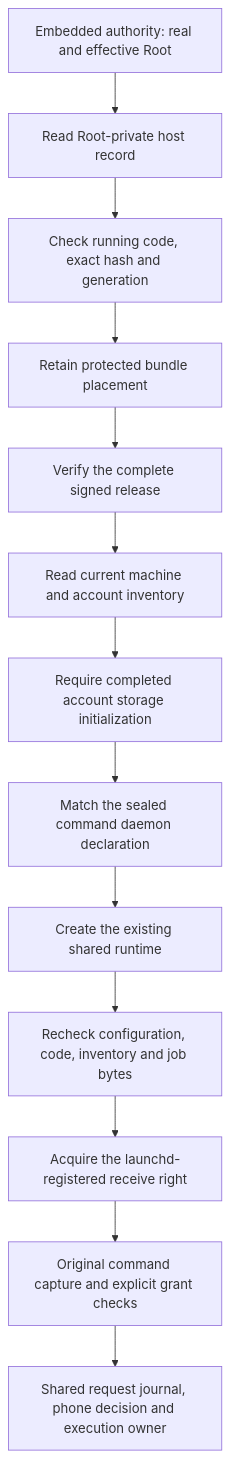
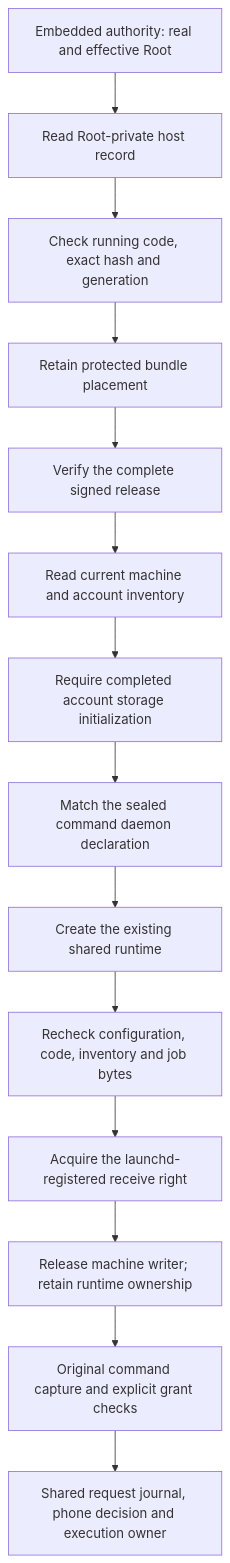
Before and after one commit to fourlastor/remozio: the diagram in docs/macos-installed-command-entrypoint.md, drawn with Mermaid. The commit also changed other lines of this file and 8 other files, not shown here.

````diff
--- a/docs/macos-installed-command-entrypoint.md
+++ b/docs/macos-installed-command-entrypoint.md
@@ -7,15 +7,16 @@
 ```mermaid
 flowchart TD
     A[Embedded authority: real and effective Root] --> C[Read Root-private host record]
     C --> S[Check running code, exact hash and generation]
     S --> P[Retain protected bundle placement]
     P --> R[Verify the complete signed release]
     R --> I[Read current machine and account inventory]
     I --> B[Require completed account storage initialization]
     B --> J[Match the sealed command daemon declaration]
     J --> F[Create the existing shared runtime]
     F --> V[Recheck configuration, code, inventory and job bytes]
     V --> K[Acquire the launchd-registered receive right]
-    K --> O[Original command capture and explicit grant checks]
+    K --> W[Release machine writer; retain runtime ownership]
+    W --> O[Original command capture and explicit grant checks]
     O --> D[Shared request journal, phone decision and execution owner]
 ```
````
